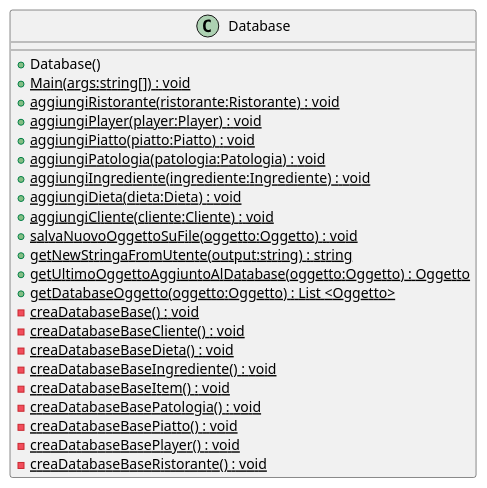
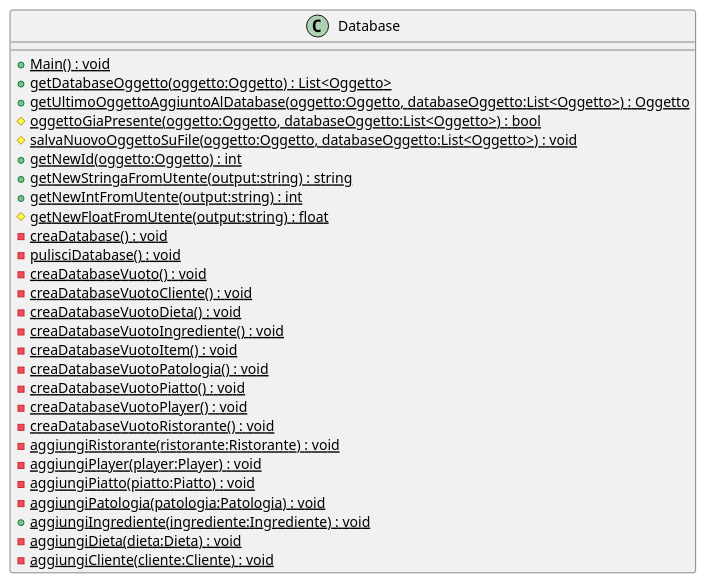
One commit to zSavT/Healthy-Catering changed the diagram in doc/plantUml senza associazioni/Database.puml. Above: the diagram before and after it, drawn with PlantUML. The commit also changed 26 other files, not shown here.

Commit message:
aggiornati uml (anche immagini)

```diff
--- a/doc/plantUml senza associazioni/Database.puml
+++ b/doc/plantUml senza associazioni/Database.puml
@@ -1,26 +1,31 @@
 @startuml
 class Database {
-    + Database()
-    + {static} Main(args:string[]) : void
-    + {static} aggiungiRistorante(ristorante:Ristorante) : void
-    + {static} aggiungiPlayer(player:Player) : void
-    + {static} aggiungiPiatto(piatto:Piatto) : void
-    + {static} aggiungiPatologia(patologia:Patologia) : void
+    + {static} Main() : void
+    + {static} getDatabaseOggetto(oggetto:Oggetto) : List<Oggetto>
+    + {static} getUltimoOggettoAggiuntoAlDatabase(oggetto:Oggetto, databaseOggetto:List<Oggetto>) : Oggetto
+    # {static} oggettoGiaPresente(oggetto:Oggetto, databaseOggetto:List<Oggetto>) : bool
+    # {static} salvaNuovoOggettoSuFile(oggetto:Oggetto, databaseOggetto:List<Oggetto>) : void
+    + {static} getNewId(oggetto:Oggetto) : int
+    + {static} getNewStringaFromUtente(output:string) : string
+    + {static} getNewIntFromUtente(output:string) : int
+    # {static} getNewFloatFromUtente(output:string) : float
+    - {static} creaDatabase() : void
+    - {static} pulisciDatabase() : void
+    - {static} creaDatabaseVuoto() : void
+    - {static} creaDatabaseVuotoCliente() : void
+    - {static} creaDatabaseVuotoDieta() : void
+    - {static} creaDatabaseVuotoIngrediente() : void
+    - {static} creaDatabaseVuotoItem() : void
+    - {static} creaDatabaseVuotoPatologia() : void
+    - {static} creaDatabaseVuotoPiatto() : void
+    - {static} creaDatabaseVuotoPlayer() : void
+    - {static} creaDatabaseVuotoRistorante() : void
+    - {static} aggiungiRistorante(ristorante:Ristorante) : void
+    - {static} aggiungiPlayer(player:Player) : void
+    - {static} aggiungiPiatto(piatto:Piatto) : void
+    - {static} aggiungiPatologia(patologia:Patologia) : void
     + {static} aggiungiIngrediente(ingrediente:Ingrediente) : void
-    + {static} aggiungiDieta(dieta:Dieta) : void
-    + {static} aggiungiCliente(cliente:Cliente) : void
-    + {static} salvaNuovoOggettoSuFile(oggetto:Oggetto) : void
-    + {static} getNewStringaFromUtente(output:string) : string
-    + {static} getUltimoOggettoAggiuntoAlDatabase(oggetto:Oggetto) : Oggetto
-    + {static} getDatabaseOggetto(oggetto:Oggetto) : List <Oggetto>
-    - {static} creaDatabaseBase() : void
-    - {static} creaDatabaseBaseCliente() : void
-    - {static} creaDatabaseBaseDieta() : void
-    - {static} creaDatabaseBaseIngrediente() : void
-    - {static} creaDatabaseBaseItem() : void
-    - {static} creaDatabaseBasePatologia() : void
-    - {static} creaDatabaseBasePiatto() : void
-    - {static} creaDatabaseBasePlayer() : void
-    - {static} creaDatabaseBaseRistorante() : void
+    - {static} aggiungiDieta(dieta:Dieta) : void
+    - {static} aggiungiCliente(cliente:Cliente) : void
 }
 @enduml
```
